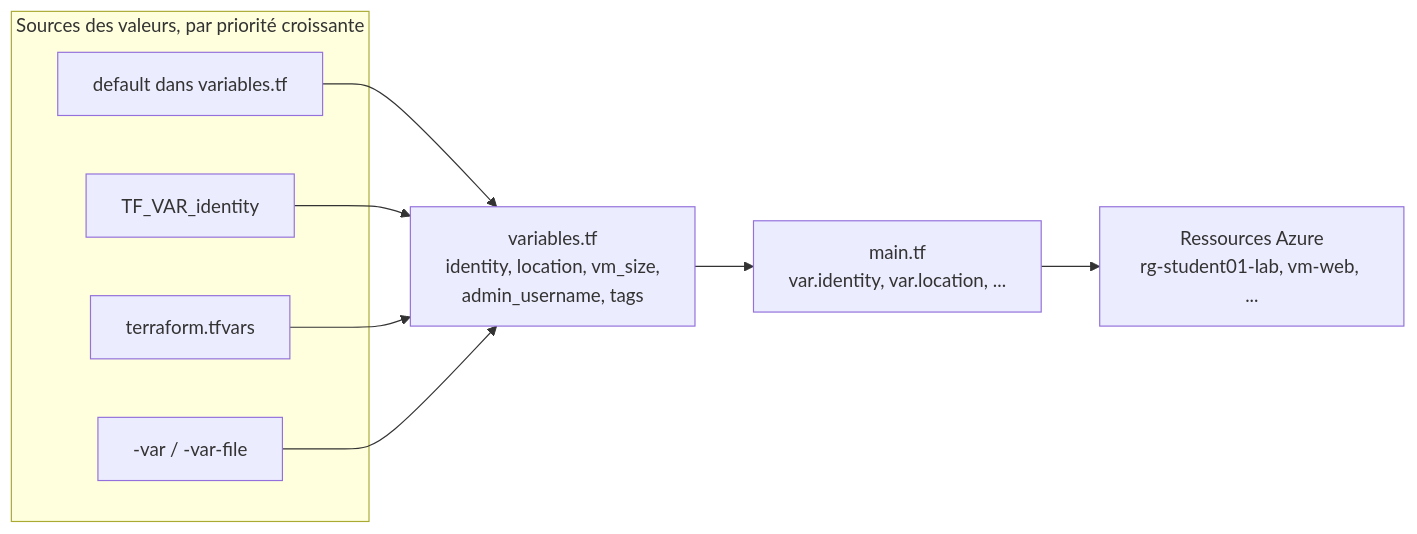
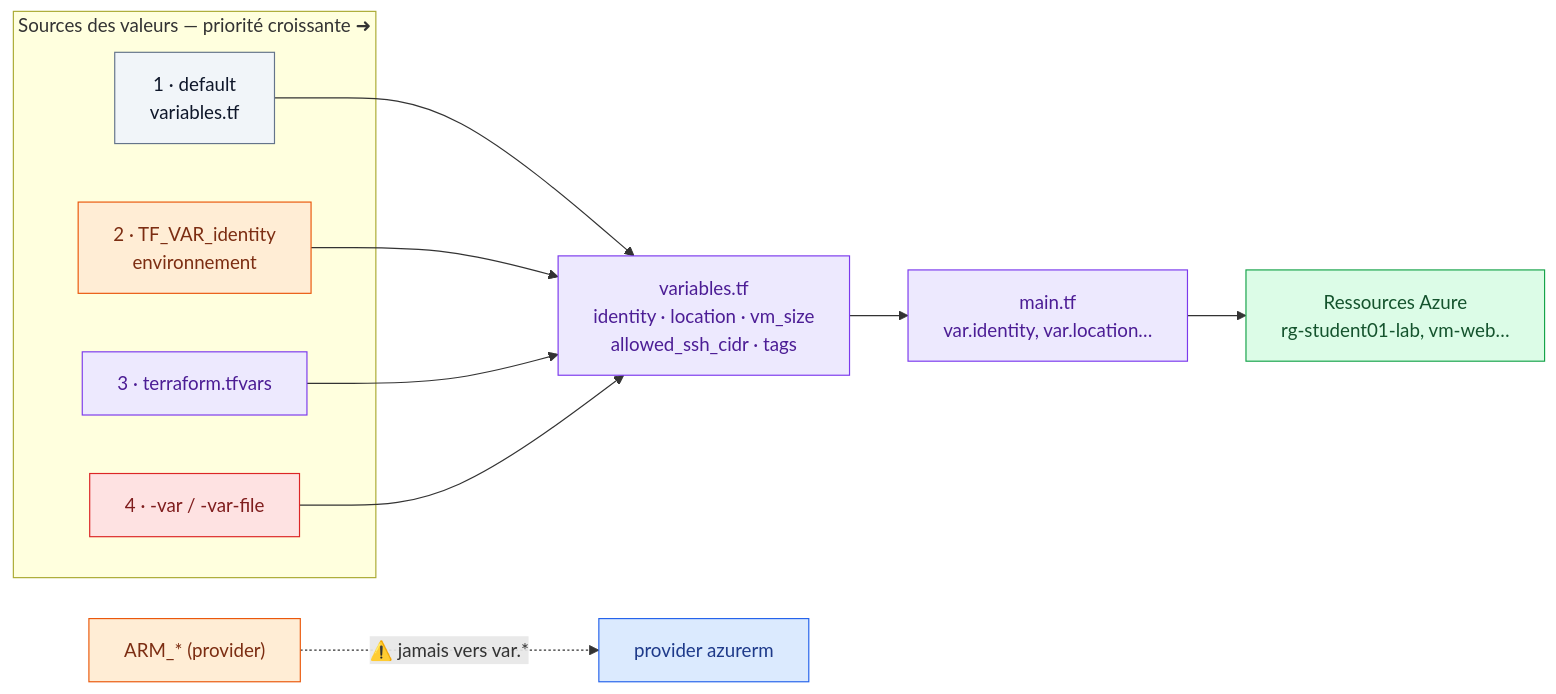
Before and after one commit to hajjiBel/terraform-azure-labs: the diagram in lab04-variables.md, drawn with Mermaid. The commit also changed other lines of this file and 158 other files, not shown here.

First line of the commit message:
Refonte des 16 labs Terraform Azure : énoncés colorés, corrigés, solutions, scripts formateur

````diff
--- a/lab04-variables.md
+++ b/lab04-variables.md
@@ -16,15 +21,22 @@
 ```mermaid
 flowchart LR
-    subgraph Sources["Sources des valeurs, par priorité croissante"]
-        D["default dans variables.tf"]
-        ENV["TF_VAR_identity"]
-        TFV["terraform.tfvars"]
-        CLI["-var / -var-file"]
+    subgraph Sources["Sources des valeurs — priorité croissante ➜"]
+        D["1 · default<br/>variables.tf"]:::ext
+        ENV["2 · TF_VAR_identity<br/>environnement"]:::sec
+        TFV["3 · terraform.tfvars"]:::tf
+        CLI["4 · -var / -var-file"]:::replace
     end
     D --> V
     ENV --> V
     TFV --> V
     CLI --> V
-    V["variables.tf<br/>identity, location, vm_size,<br/>admin_username, tags"] --> M["main.tf<br/>var.identity, var.location, ..."]
-    M --> AZ["Ressources Azure<br/>rg-student01-lab, vm-web, ..."]
+    V["variables.tf<br/>identity · location · vm_size<br/>allowed_ssh_cidr · tags"]:::tf --> M["main.tf<br/>var.identity, var.location…"]:::tf
+    M --> AZ["Ressources Azure<br/>rg-student01-lab, vm-web…"]:::compute
+    ARM["ARM_* (provider)"]:::sec -. "⚠️ jamais vers var.*" .-> P["provider azurerm"]:::net
+    classDef tf fill:#ede9fe,stroke:#7c3aed,color:#4c1d95
+    classDef net fill:#dbeafe,stroke:#2563eb,color:#1e3a8a
+    classDef compute fill:#dcfce7,stroke:#16a34a,color:#14532d
+    classDef sec fill:#ffedd5,stroke:#ea580c,color:#7c2d12
+    classDef replace fill:#fee2e2,stroke:#dc2626,color:#7f1d1d
+    classDef ext fill:#f1f5f9,stroke:#64748b,color:#0f172a
 ```
````
